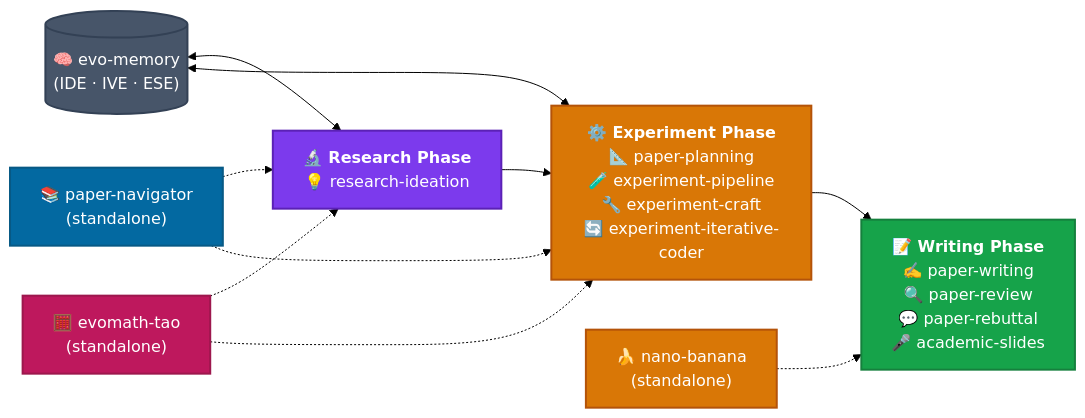
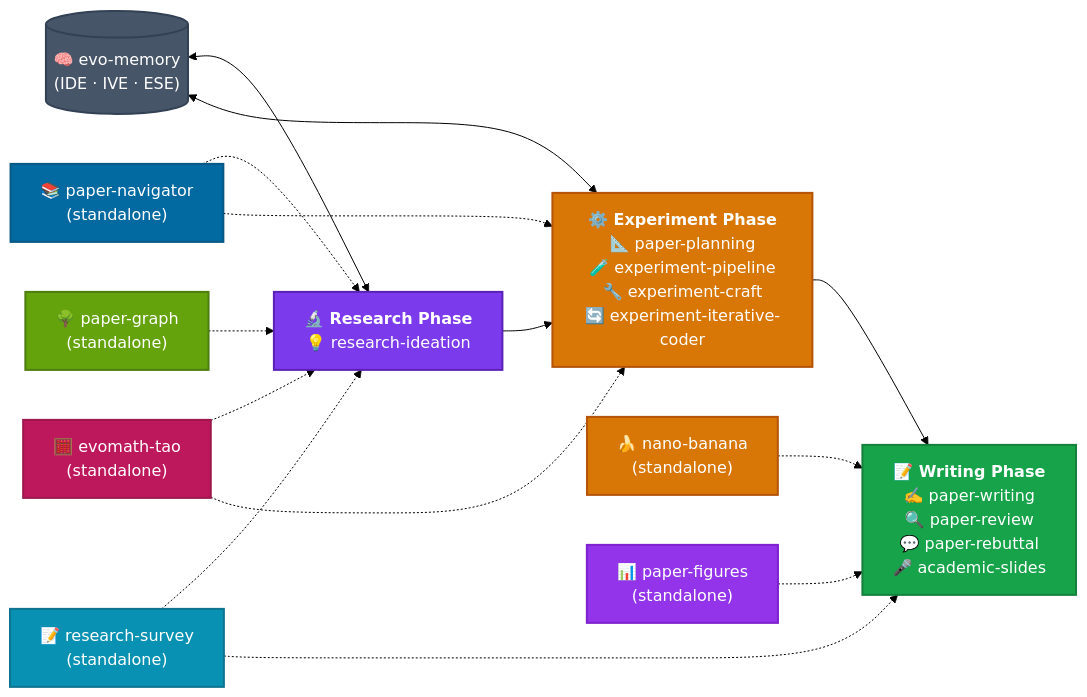
One commit to EvoScientist/EvoSkills changed the diagram in README.md. Above: the diagram before and after it, drawn with Mermaid (forest theme). The commit also changed 1 other file, not shown here.

Commit message:
fix(README): update pipeline diagram to include new skills in English and Chinese versions (#35)

````diff
--- a/README.md
+++ b/README.md
@@ -88,22 +88,29 @@
 ```mermaid
 flowchart LR
     A["<b>🔬 Research Phase</b><br/>💡 research-ideation"]
     --> B["<b>⚙️ Experiment Phase</b><br/>📐 paper-planning<br/>🧪 experiment-pipeline<br/>🔧 experiment-craft<br/>🔄 experiment-iterative-coder"]
     --> C["<b>📝 Writing Phase</b><br/>✍️ paper-writing<br/>🔍 paper-review<br/>💬 paper-rebuttal<br/>🎤 academic-slides"]
 
     D[("🧠 evo-memory<br/>(IDE · IVE · ESE)")] <--> A
     D <--> B
     E["📚 paper-navigator<br/>(standalone)"] -.-> A
     E -.-> B
     F["🍌 nano-banana<br/>(standalone)"] -.-> C
     G["🧮 evomath-tao<br/>(standalone)"] -.-> A
     G -.-> B
+    H["📝 research-survey<br/>(standalone)"] -.-> A
+    H -.-> C
+    I["🌳 paper-graph<br/>(standalone)"] -.-> A
+    J["📊 paper-figures<br/>(standalone)"] -.-> C
 
     style A fill:#7C3AED,stroke:#5B21B6,stroke-width:2px,color:#fff
     style B fill:#D97706,stroke:#B45309,stroke-width:2px,color:#fff
     style C fill:#16A34A,stroke:#15803D,stroke-width:2px,color:#fff
     style D fill:#475569,stroke:#334155,stroke-width:2px,color:#fff
     style E fill:#0369A1,stroke:#075985,stroke-width:2px,color:#fff
     style F fill:#D97706,stroke:#B45309,stroke-width:2px,color:#fff
     style G fill:#BE185D,stroke:#9D174D,stroke-width:2px,color:#fff
+    style H fill:#0891B2,stroke:#0E7490,stroke-width:2px,color:#fff
+    style I fill:#65A30D,stroke:#4D7C0F,stroke-width:2px,color:#fff
+    style J fill:#9333EA,stroke:#7E22CE,stroke-width:2px,color:#fff
 ```
````
